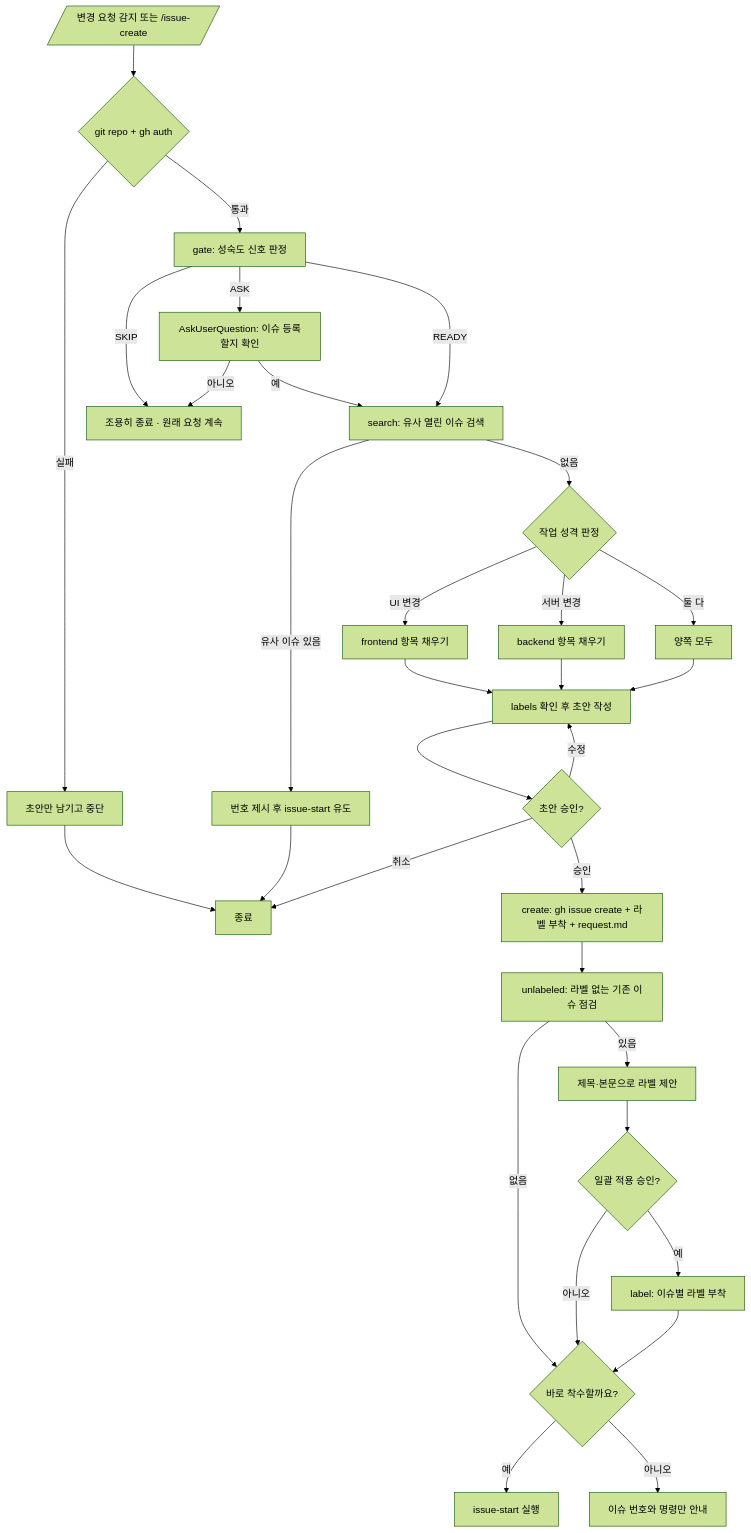
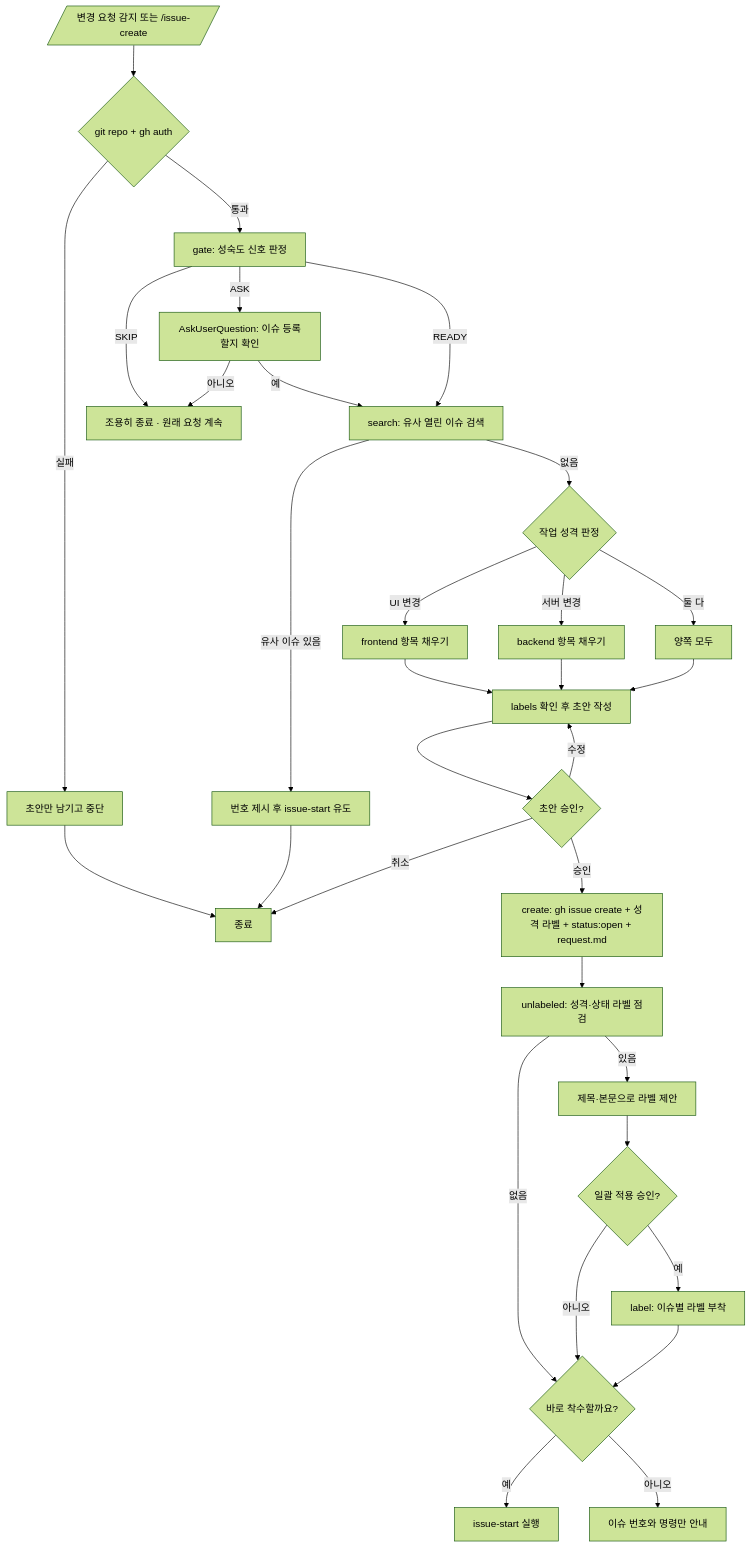
Before and after one commit to Mineru98/skills-store: the diagram in .codex/skills/issue-create/SKILL.md, drawn with Mermaid (forest theme). The commit also changed other lines of this file and 32 other files, not shown here.

First line of the commit message:
feat(issue): 파이프라인 진행 상태를 status:* 라벨로 드러낸다

````diff
--- a/.codex/skills/issue-create/SKILL.md
+++ b/.codex/skills/issue-create/SKILL.md
@@ -58,39 +60,39 @@
 ```mermaid
 flowchart TD
     A[/"변경 요청 감지 또는 /issue-create"/] --> B{git repo + gh auth}
     B -- 실패 --> B1[초안만 남기고 중단] --> Z0[종료]
     B -- 통과 --> C[gate: 성숙도 신호 판정]
 
     C -->|SKIP| Z1[조용히 종료 · 원래 요청 계속]
     C -->|ASK| C1[AskUserQuestion: 이슈 등록할지 확인]
     C1 -- 아니오 --> Z1
     C1 -- 예 --> D
     C -->|READY| D[search: 유사 열린 이슈 검색]
 
     D -- 유사 이슈 있음 --> D1[번호 제시 후 issue-start 유도] --> Z0
     D -- 없음 --> E{작업 성격 판정}
 
     E -->|UI 변경| F1[frontend 항목 채우기]
     E -->|서버 변경| F2[backend 항목 채우기]
     E -->|둘 다| F3[양쪽 모두]
 
     F1 --> G[labels 확인 후 초안 작성]
     F2 --> G
     F3 --> G
 
     G --> H{초안 승인?}
     H -- 수정 --> G
     H -- 취소 --> Z0
-    H -- 승인 --> I[create: gh issue create + 라벨 부착 + request.md]
+    H -- 승인 --> I[create: gh issue create + 성격 라벨 + status:open + request.md]
 
-    I --> M[unlabeled: 라벨 없는 기존 이슈 점검]
+    I --> M[unlabeled: 성격·상태 라벨 점검]
     M -- 없음 --> J
     M -- 있음 --> M1[제목·본문으로 라벨 제안]
     M1 --> M2{일괄 적용 승인?}
     M2 -- 아니오 --> J
     M2 -- 예 --> M3[label: 이슈별 라벨 부착] --> J
 
     J{바로 착수할까요?}
     J -- 예 --> K[issue-start 실행]
     J -- 아니오 --> L[이슈 번호와 명령만 안내]
 ```
````
